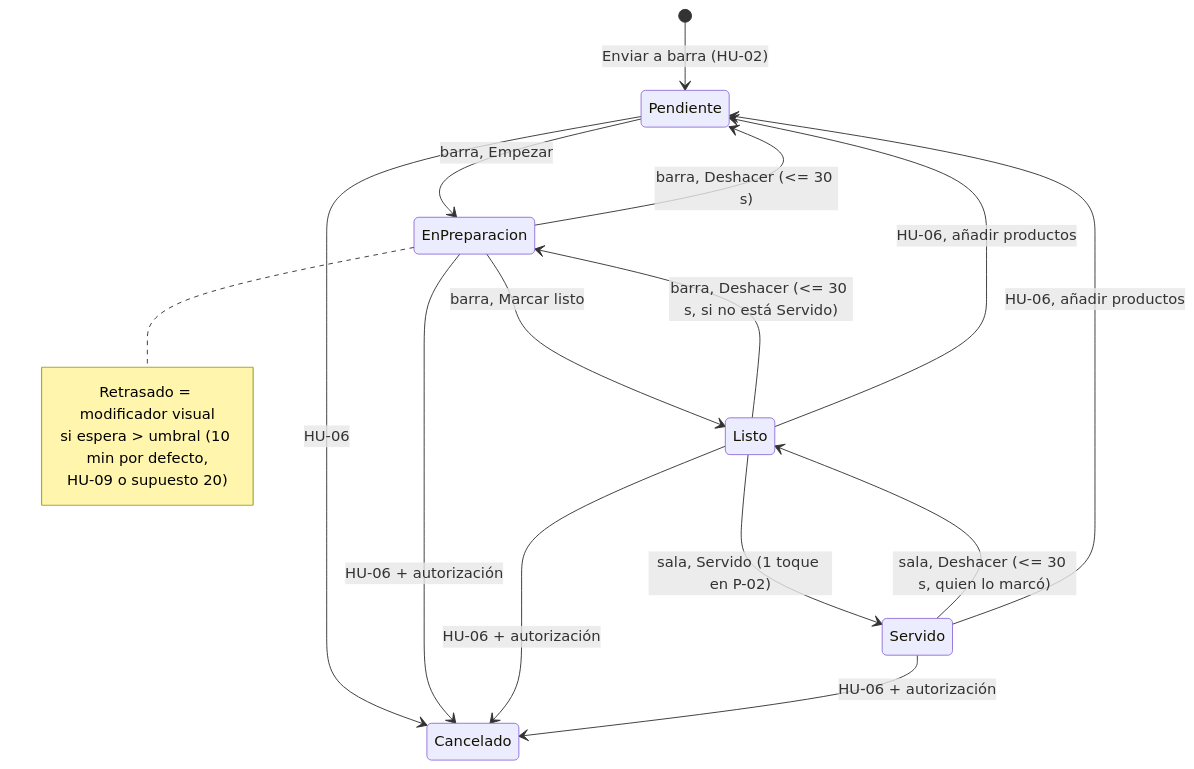
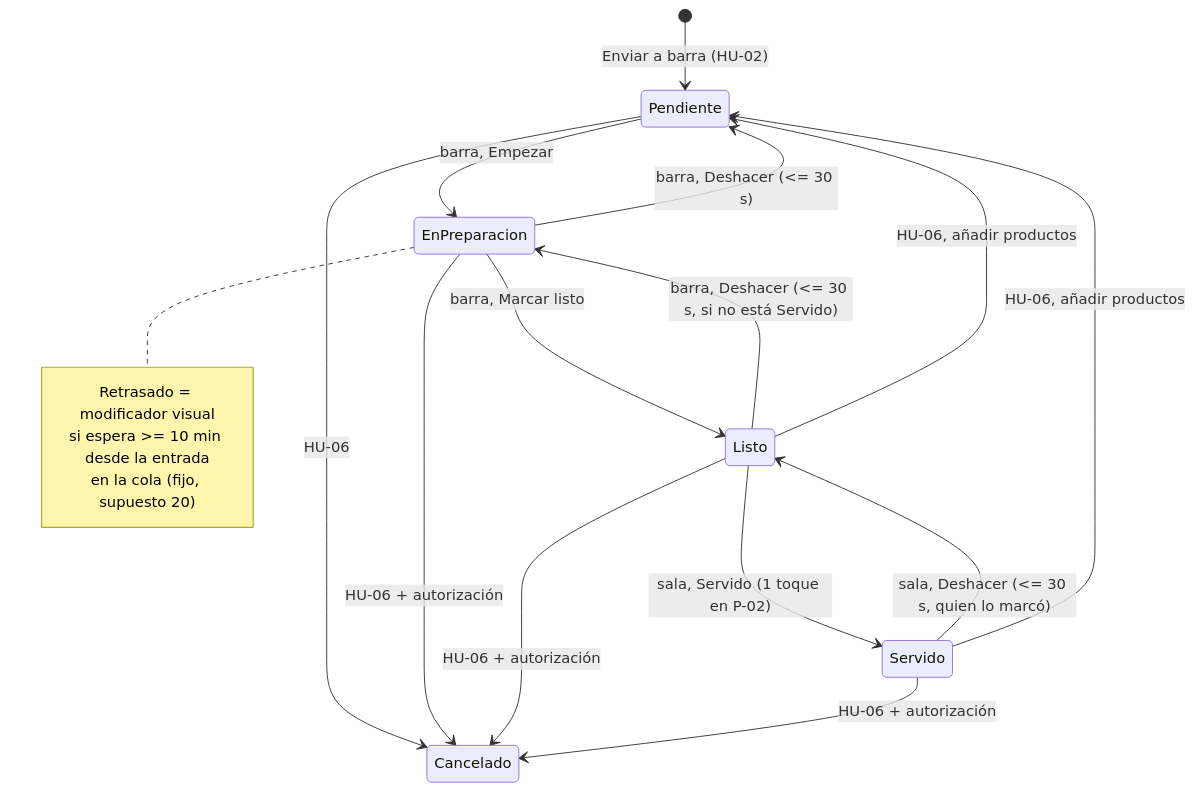
One commit to Pablo592/testing-ia changed the fifth of 7 diagrams in docs/ux/flujos.md. Above: the diagram before and after it, drawn with Mermaid. The commit also changed other lines of this file and 12 other files, not shown here.

````diff
--- a/docs/ux/flujos.md
+++ b/docs/ux/flujos.md
@@ -145,21 +153,21 @@
 ```mermaid
 stateDiagram-v2
   [*] --> Pendiente: Enviar a barra (HU-02)
   Pendiente --> EnPreparacion: barra, Empezar
   EnPreparacion --> Pendiente: barra, Deshacer (<= 30 s)
   EnPreparacion --> Listo: barra, Marcar listo
   Listo --> EnPreparacion: barra, Deshacer (<= 30 s, si no está Servido)
   Listo --> Servido: sala, Servido (1 toque en P-02)
   Servido --> Listo: sala, Deshacer (<= 30 s, quien lo marcó)
   Listo --> Pendiente: HU-06, añadir productos
   Servido --> Pendiente: HU-06, añadir productos
   Pendiente --> Cancelado: HU-06
   EnPreparacion --> Cancelado: HU-06 + autorización
   Listo --> Cancelado: HU-06 + autorización
   Servido --> Cancelado: HU-06 + autorización
   note right of EnPreparacion
     Retrasado = modificador visual
-    si espera > umbral (10 min por defecto,
-    HU-09 o supuesto 20)
+    si espera >= 10 min desde la entrada
+    en la cola (fijo, supuesto 20)
   end note
 ```
````
